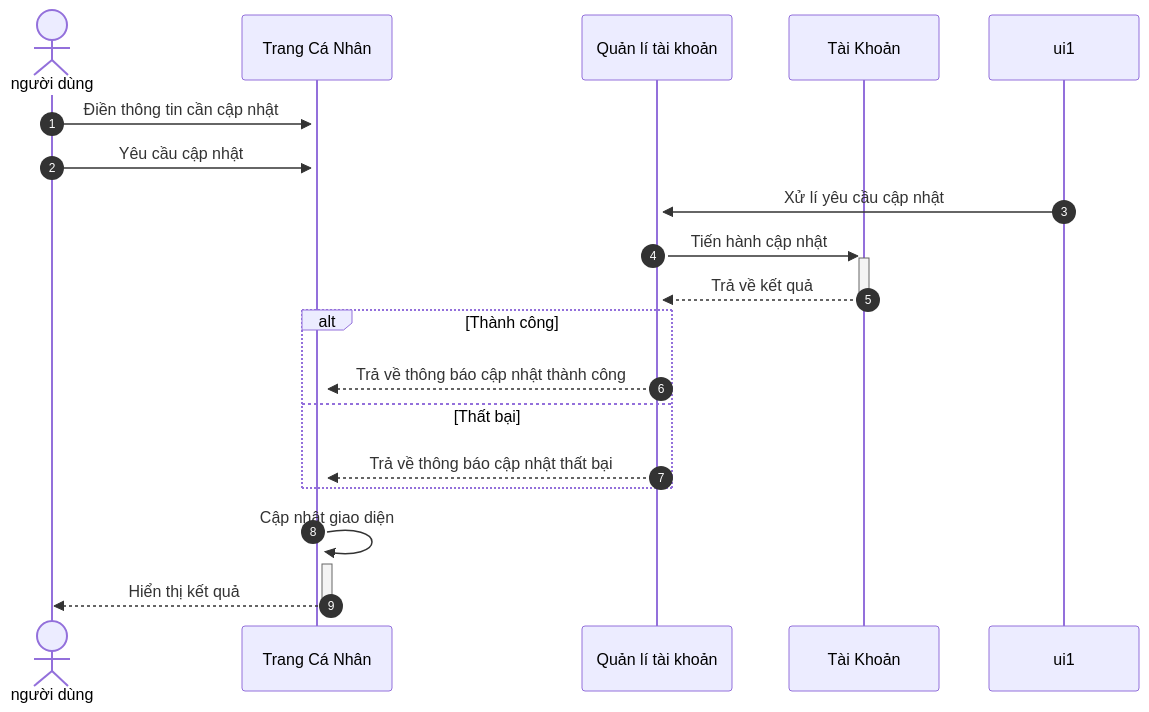
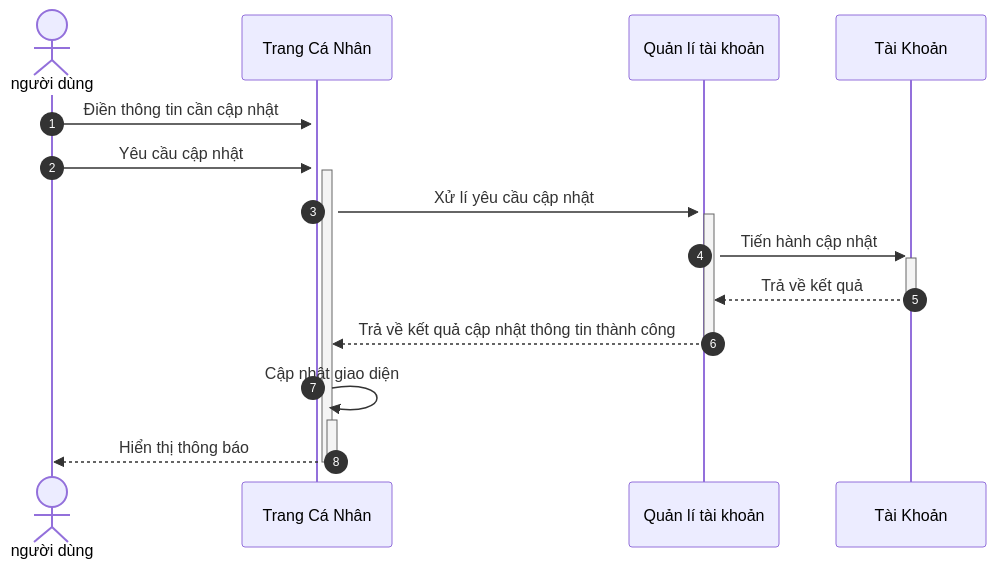
Before and after one commit to LienNTB/sequence-Mori: the diagram in .document/sequence/NguoiDung/QuanLiTrangCaNhan/ChinhSuaThongTinCaNhan.md, drawn with Mermaid. The commit also changed 8 other files, not shown here.

````diff
--- a/.document/sequence/NguoiDung/QuanLiTrangCaNhan/ChinhSuaThongTinCaNhan.md
+++ b/.document/sequence/NguoiDung/QuanLiTrangCaNhan/ChinhSuaThongTinCaNhan.md
@@ -1,21 +1,21 @@
 ```mermaid
 sequenceDiagram
 actor user as người dùng
 participant ui as Trang Cá Nhân
 participant manage as Quản lí tài khoản
 participant db as Tài Khoản
 autonumber
 
 user->>+ui: Điền thông tin cần cập nhật
+activate ui
 user->>+ui: Yêu cầu cập nhật
-ui1->>+manage: Xử lí yêu cầu cập nhật
+ui->>+manage: Xử lí yêu cầu cập nhật
+activate manage
 manage->>+db: Tiến hành cập nhật
 db-->>-manage:Trả về kết quả
-alt Thành công
-  manage-->>ui:Trả về thông báo cập nhật thành công
-else Thất bại
-  manage-->>ui:Trả về thông báo cập nhật thất bại
-end
+manage-->>ui:Trả về kết quả cập nhật thông tin thành công
+deactivate manage
 ui->>+ui: Cập nhật giao diện
-ui-->>-user: Hiển thị kết quả
+ui-->>-user: Hiển thị thông báo
+deactivate ui
 ```
````
